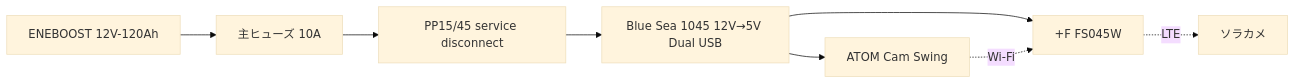
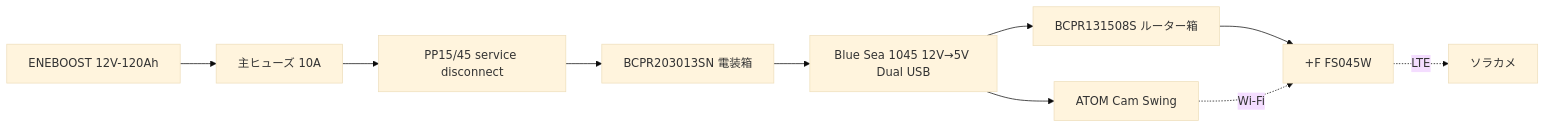
One commit to koizumikento/field-device-system changed the diagram in devices/outdoor-cloud-camera/diagrams/power-and-wiring.md. Above: the diagram before and after it, drawn with Mermaid (base theme). The commit also changed other lines of this file and 5 other files, not shown here.

````diff
--- a/devices/outdoor-cloud-camera/diagrams/power-and-wiring.md
+++ b/devices/outdoor-cloud-camera/diagrams/power-and-wiring.md
@@ -20,10 +21,12 @@
 ```mermaid
 flowchart LR
   B["ENEBOOST 12V-120Ah"] --> F["主ヒューズ 10A"]
   F --> P["PP15/45 service disconnect"]
-  P --> U["Blue Sea 1045 12V→5V Dual USB"]
+  P --> E["BCPR203013SN 電装箱"]
+  E --> U["Blue Sea 1045 12V→5V Dual USB"]
   U --> C["ATOM Cam Swing"]
-  U --> R["+F FS045W"]
+  U --> RB["BCPR131508S ルーター箱"]
+  RB --> R["+F FS045W"]
   C -. Wi-Fi .-> R
   R -. LTE .-> S["ソラカメ"]
 ```
````
